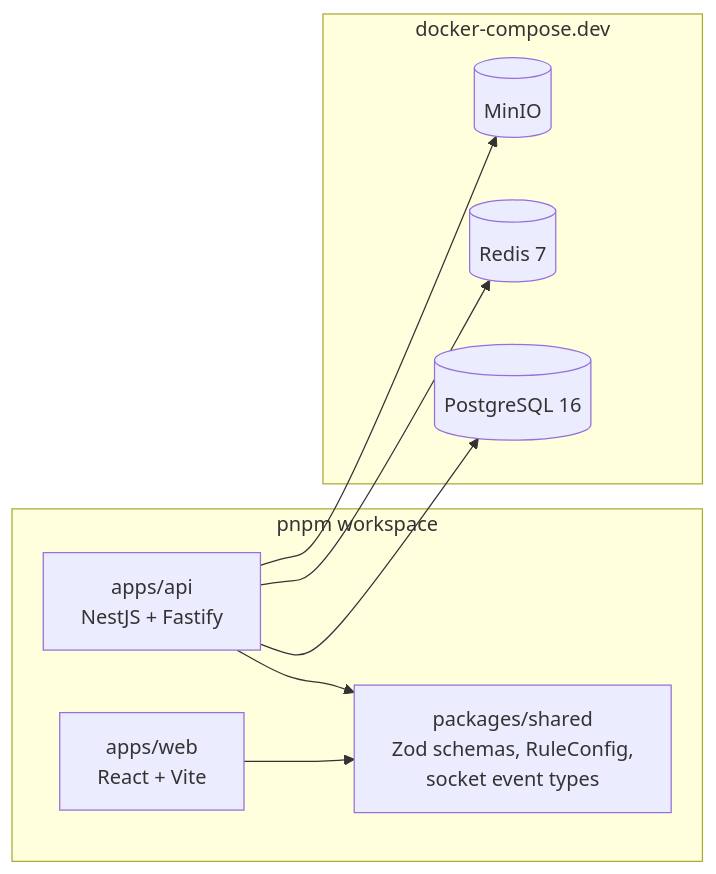
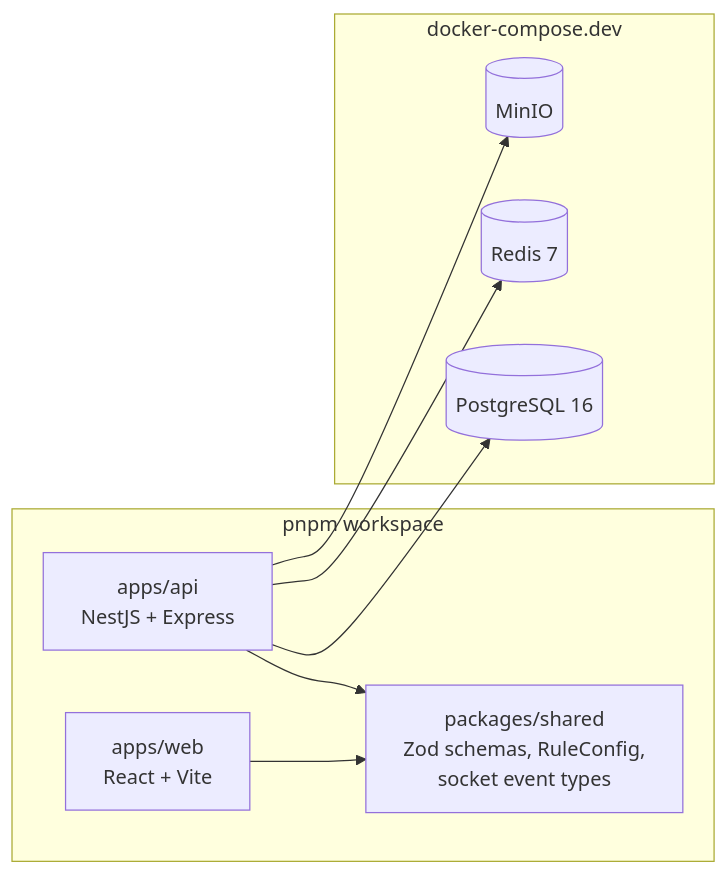
Before and after one commit to Noboroto/KnowledgeDome: the diagram in plans/260711-2340-olympia-contest-system/phase-01-foundation.md, drawn with Mermaid. The commit also changed other lines of this file and 8 other files, not shown here.

````diff
--- a/plans/260711-2340-olympia-contest-system/phase-01-foundation.md
+++ b/plans/260711-2340-olympia-contest-system/phase-01-foundation.md
@@ -20,16 +20,16 @@
 ```mermaid
 flowchart LR
   subgraph monorepo [pnpm workspace]
     shared[packages/shared<br/>Zod schemas, RuleConfig,<br/>socket event types]
-    api[apps/api<br/>NestJS + Fastify]
+    api[apps/api<br/>NestJS + Express]
     web[apps/web<br/>React + Vite]
     api --> shared
     web --> shared
   end
   subgraph docker [docker-compose.dev]
     pg[(PostgreSQL 16)]
     redis[(Redis 7)]
     minio[(MinIO)]
   end
   api --> pg & redis & minio
 ```
````
